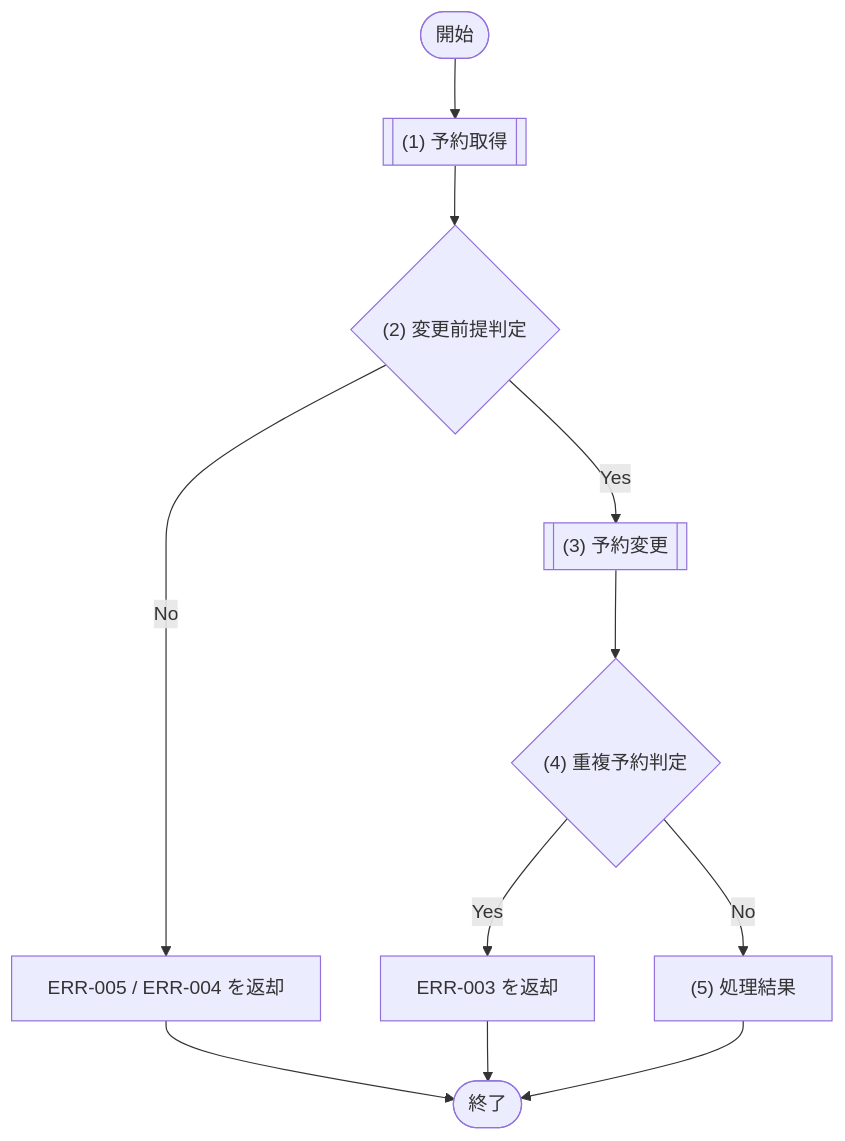
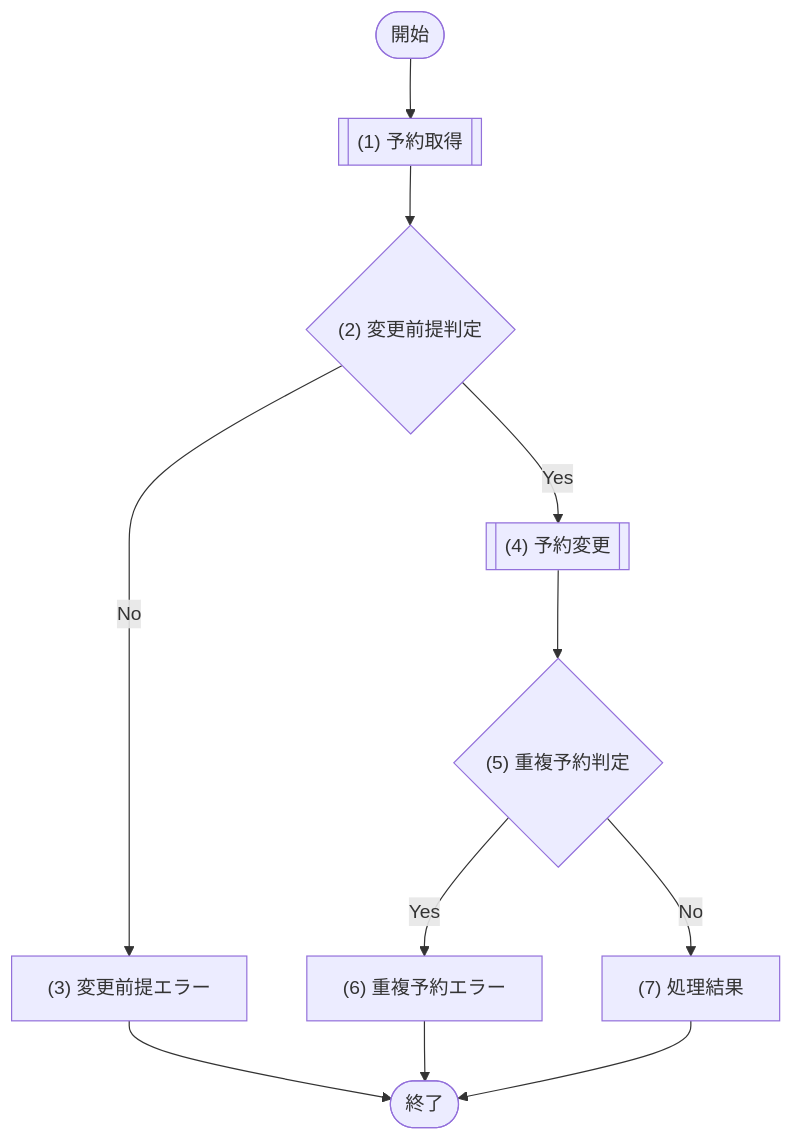
The diagram in docs/03_機能設計/03_API設計/API-004_予約変更.md (sikakou54/system-document-template), drawn with Mermaid before and after one commit. The commit also changed other lines of this file and 32 other files, not shown here.

````diff
--- a/docs/03_機能設計/03_API設計/API-004_予約変更.md
+++ b/docs/03_機能設計/03_API設計/API-004_予約変更.md
@@ -43,18 +43,18 @@
 ```mermaid
 flowchart TD
   Start([開始])
   P1[["(1) 予約取得"]]
   D1{"(2) 変更前提判定"}
-  E1["ERR-005 / ERR-004 を返却"]
-  P2[["(3) 予約変更"]]
-  D2{"(4) 重複予約判定"}
-  E2["ERR-003 を返却"]
-  P3["(5) 処理結果"]
+  E1["(3) 変更前提エラー"]
+  P2[["(4) 予約変更"]]
+  D2{"(5) 重複予約判定"}
+  E2["(6) 重複予約エラー"]
+  P3["(7) 処理結果"]
   End([終了])
 
   Start --> P1 --> D1
   D1 -- "No" --> E1 --> End
   D1 -- "Yes" --> P2 --> D2
   D2 -- "Yes" --> E2 --> End
   D2 -- "No" --> P3 --> End
 ```
````
